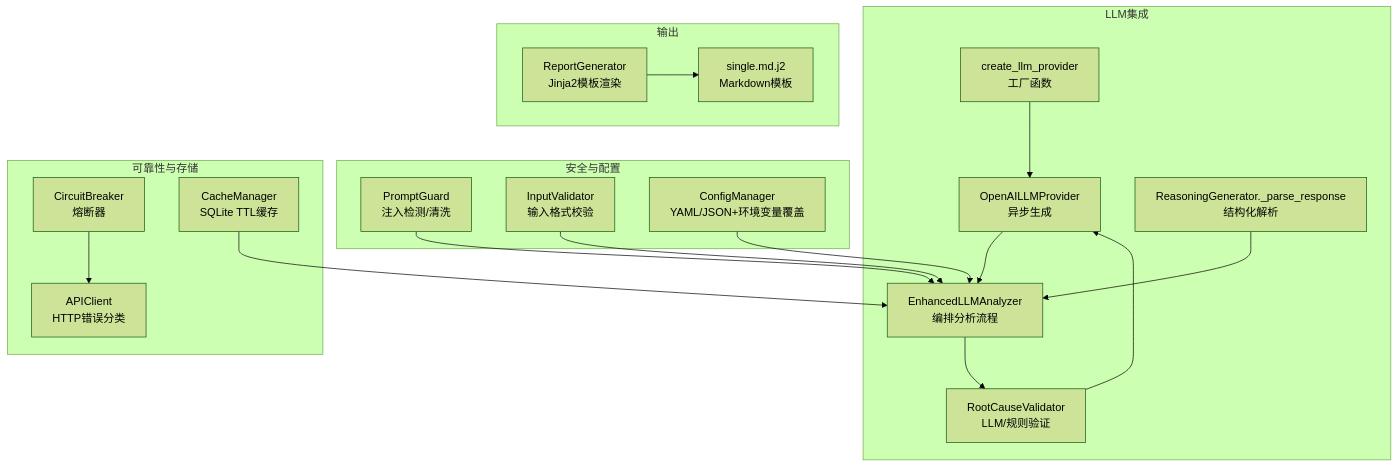
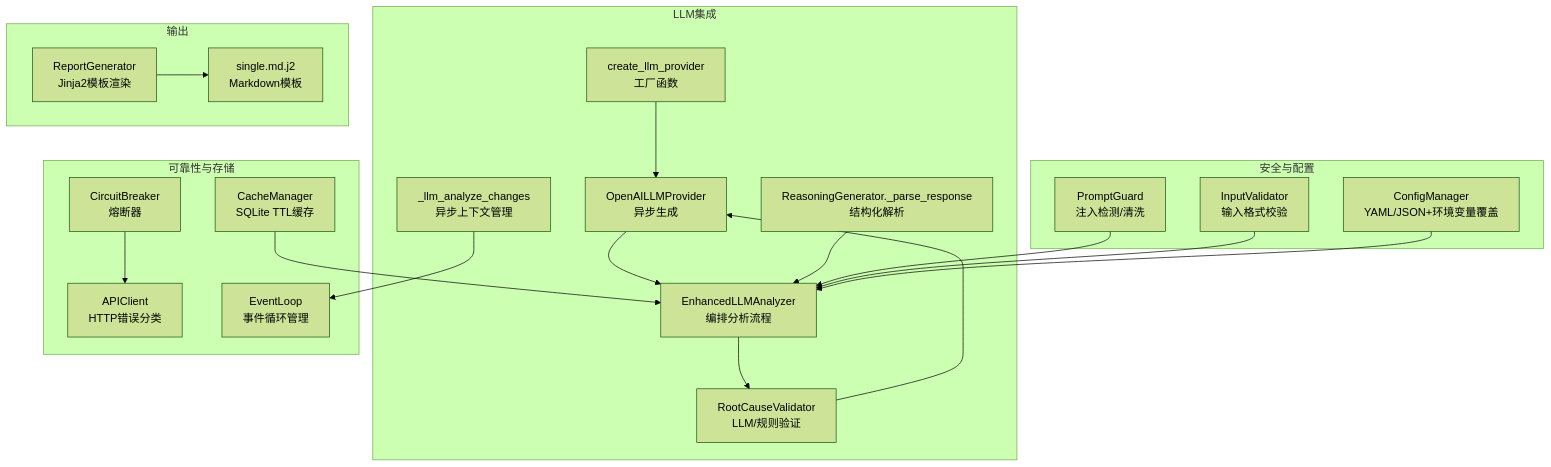
Before and after one commit to boyingliu01/fault-review-analyzer: the first of 10 diagrams in .qoder/repowiki/zh/content/LLM集成模块/LLM集成模块.md, drawn with Mermaid (forest theme). The commit also changed other lines of this file and 125 other files, not shown here.

````diff
--- a/.qoder/repowiki/zh/content/LLM集成模块/LLM集成模块.md
+++ b/.qoder/repowiki/zh/content/LLM集成模块/LLM集成模块.md
@@ -48,35 +56,38 @@
 ```mermaid
 graph TB
 subgraph "LLM集成"
 P["OpenAILLMProvider<br/>异步生成"]
 F["create_llm_provider<br/>工厂函数"]
 E["EnhancedLLMAnalyzer<br/>编排分析流程"]
 V["RootCauseValidator<br/>LLM/规则验证"]
 R["ReasoningGenerator._parse_response<br/>结构化解析"]
+A["_llm_analyze_changes<br/>异步上下文管理"]
 end
 subgraph "安全与配置"
 G["PromptGuard<br/>注入检测/清洗"]
 I["InputValidator<br/>输入格式校验"]
 C["ConfigManager<br/>YAML/JSON+环境变量覆盖"]
 end
 subgraph "可靠性与存储"
 CB["CircuitBreaker<br/>熔断器"]
 AC["APIClient<br/>HTTP错误分类"]
 CM["CacheManager<br/>SQLite TTL缓存"]
+EL["EventLoop<br/>事件循环管理"]
 end
 subgraph "输出"
 RG["ReportGenerator<br/>Jinja2模板渲染"]
 TPL["single.md.j2<br/>Markdown模板"]
 end
 P --> E
 F --> P
 E --> V
 V --> P
 R --> E
+A --> EL
 G --> E
 I --> E
 C --> E
 CB --> AC
 CM --> E
 RG --> TPL
 ```
````
